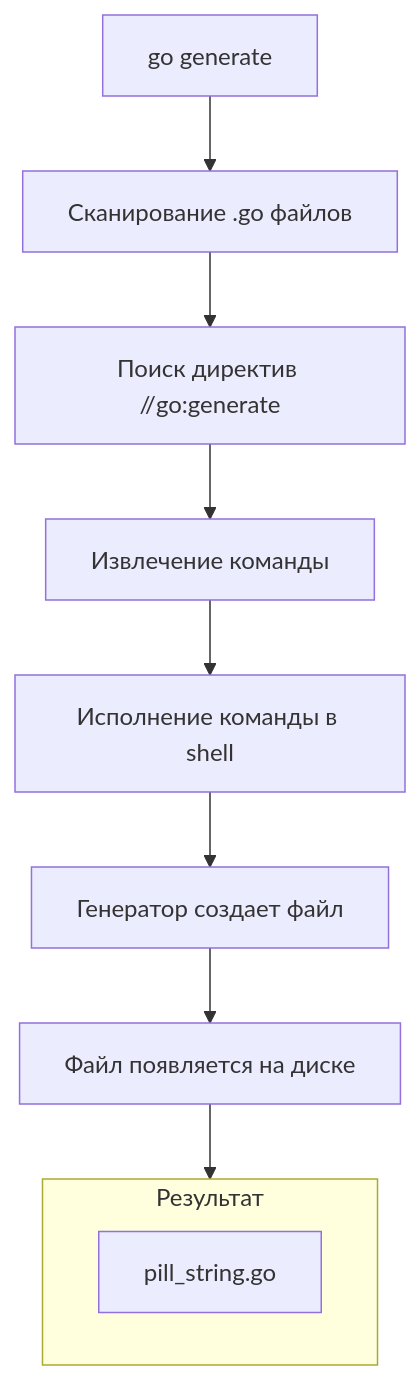
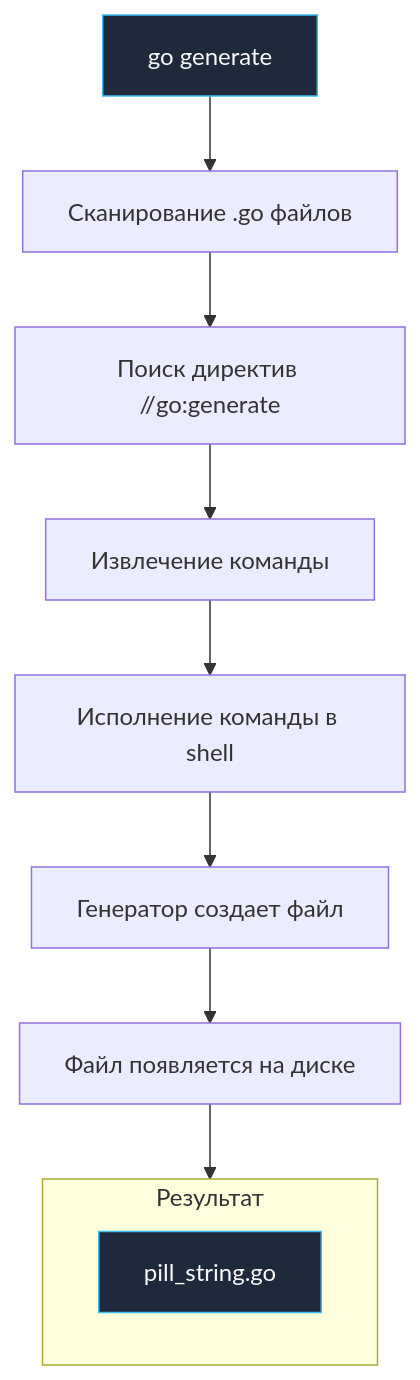
One commit to UnrealTemplier/go-textbook changed the diagram in sources/8. Инфраструктура языка, Тулинг и CI_CD/9. go generate. Генерация кода.md. Above: the diagram before and after it, drawn with Mermaid. The commit also changed 1666 other files, not shown here.

First line of the commit message:
feat(mermaid): add semantic color classDef to 1369 colorless flowchart/graph diagrams

````diff
--- a/sources/8. Инфраструктура языка, Тулинг и CI_CD/9. go generate. Генерация кода.md
+++ b/sources/8. Инфраструктура языка, Тулинг и CI_CD/9. go generate. Генерация кода.md
@@ -28,14 +28,24 @@
 ```mermaid
 flowchart TD
-    A["go generate"] --> B["Сканирование .go файлов"]
+    classDef process  fill:#1e293b,stroke:#38bdf8,stroke-width:1px,color:#f8fafc
+    classDef success  fill:#064e3b,stroke:#34d399,stroke-width:1px,color:#f8fafc
+    classDef error    fill:#7f1d1d,stroke:#f87171,stroke-width:1px,color:#f8fafc
+    classDef warning  fill:#78350f,stroke:#fbbf24,stroke-width:1px,color:#f8fafc
+    classDef entry    fill:#1e3a5f,stroke:#38bdf8,stroke-width:2px,color:#f8fafc
+    classDef aux      fill:#334155,stroke:#64748b,stroke-width:1px,color:#f8fafc
+    classDef system   fill:#312e81,stroke:#a78bfa,stroke-width:1px,color:#f8fafc
+    classDef data     fill:#132d29,stroke:#2dd4bf,stroke-width:1px,color:#f8fafc
+    classDef network  fill:#881337,stroke:#fb7185,stroke-width:1px,color:#f8fafc
+    classDef accent   fill:#1e1b4b,stroke:#818cf8,stroke-width:1px,color:#f8fafc
+    A["go generate"]:::process --> B["Сканирование .go файлов"]
     B --> C["Поиск директив //go:generate"]
     C --> D["Извлечение команды"]
     D --> E["Исполнение команды в shell"]
     E --> F["Генератор создает файл"]
     F --> G["Файл появляется на диске"]
     
     subgraph Result ["Результат"]
-        H["pill_string.go"]
+        H["pill_string.go"]:::process
     end
     G --> Result
 ```
````
